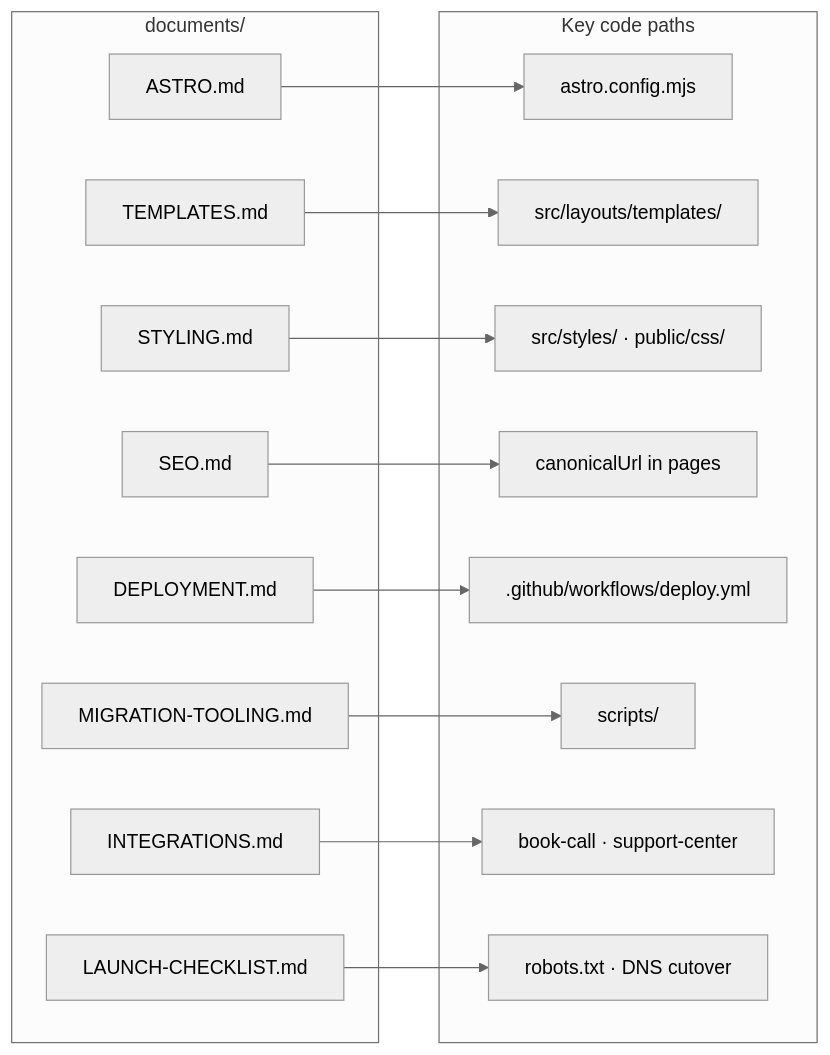
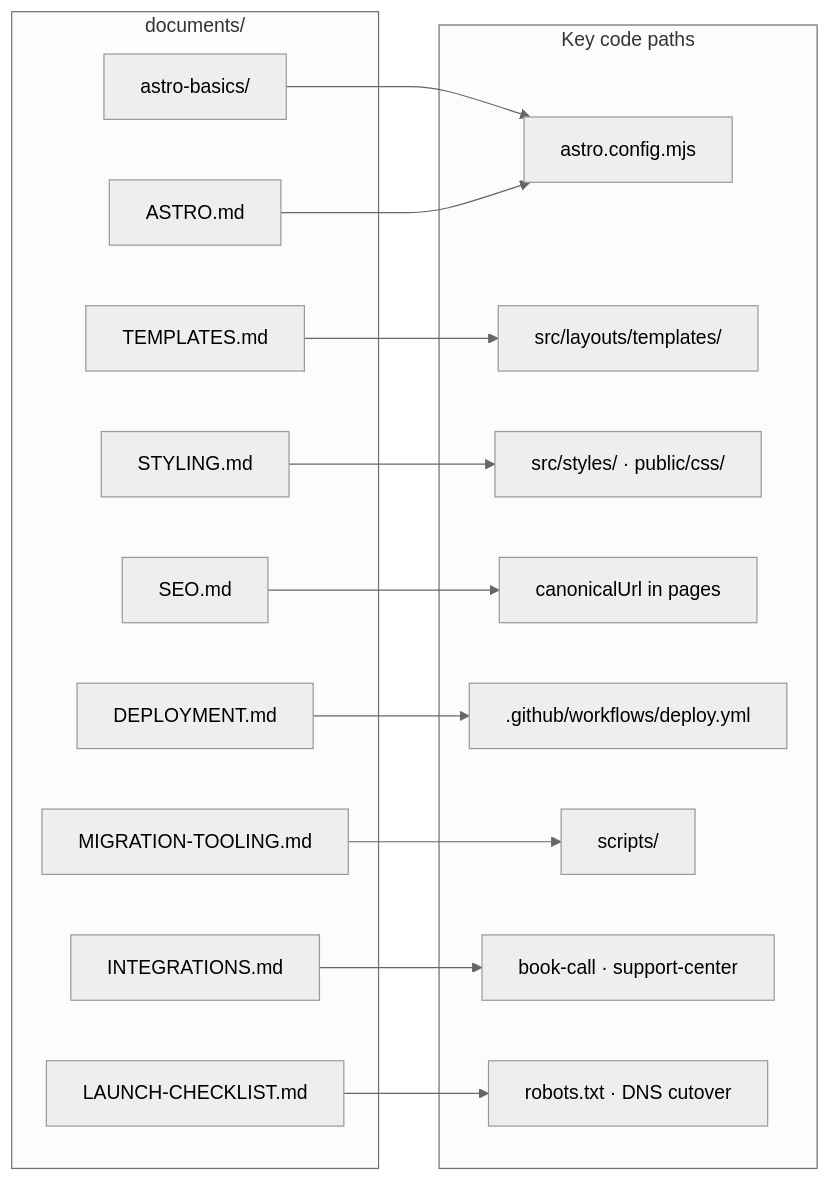
Before and after one commit to thatsrob/internal-astro-documentation: the second of 4 diagrams in graphs/documentation-map.md, drawn with Mermaid (neutral theme). The commit also changed other lines of this file and 14 other files, not shown here.

````diff
--- a/graphs/documentation-map.md
+++ b/graphs/documentation-map.md
@@ -35,33 +37,35 @@
 ```mermaid
 flowchart LR
     subgraph DOCS["documents/"]
+        D0["astro-basics/"]
         D1["ASTRO.md"]
         D2["TEMPLATES.md"]
         D3["STYLING.md"]
         D4["SEO.md"]
         D5["DEPLOYMENT.md"]
         D6["MIGRATION-TOOLING.md"]
         D7["INTEGRATIONS.md"]
         D8["LAUNCH-CHECKLIST.md"]
     end
 
     subgraph CODE["Key code paths"]
         C1["astro.config.mjs"]
         C2["src/layouts/templates/"]
         C3["src/styles/ · public/css/"]
         C4["canonicalUrl in pages"]
         C5[".github/workflows/deploy.yml"]
         C6["scripts/"]
         C7["book-call · support-center"]
         C8["robots.txt · DNS cutover"]
     end
 
+    D0 --> C1
     D1 --> C1
     D2 --> C2
     D3 --> C3
     D4 --> C4
     D5 --> C5
     D6 --> C6
     D7 --> C7
     D8 --> C8
 ```
````
